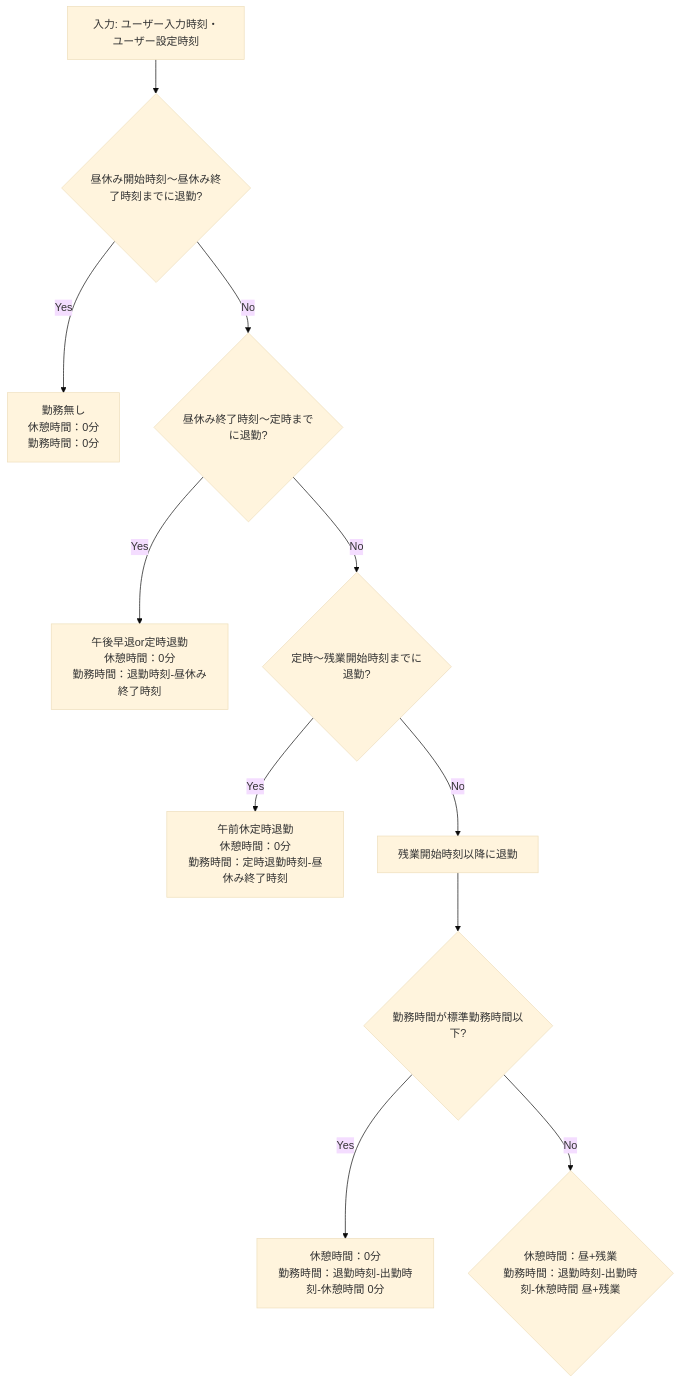
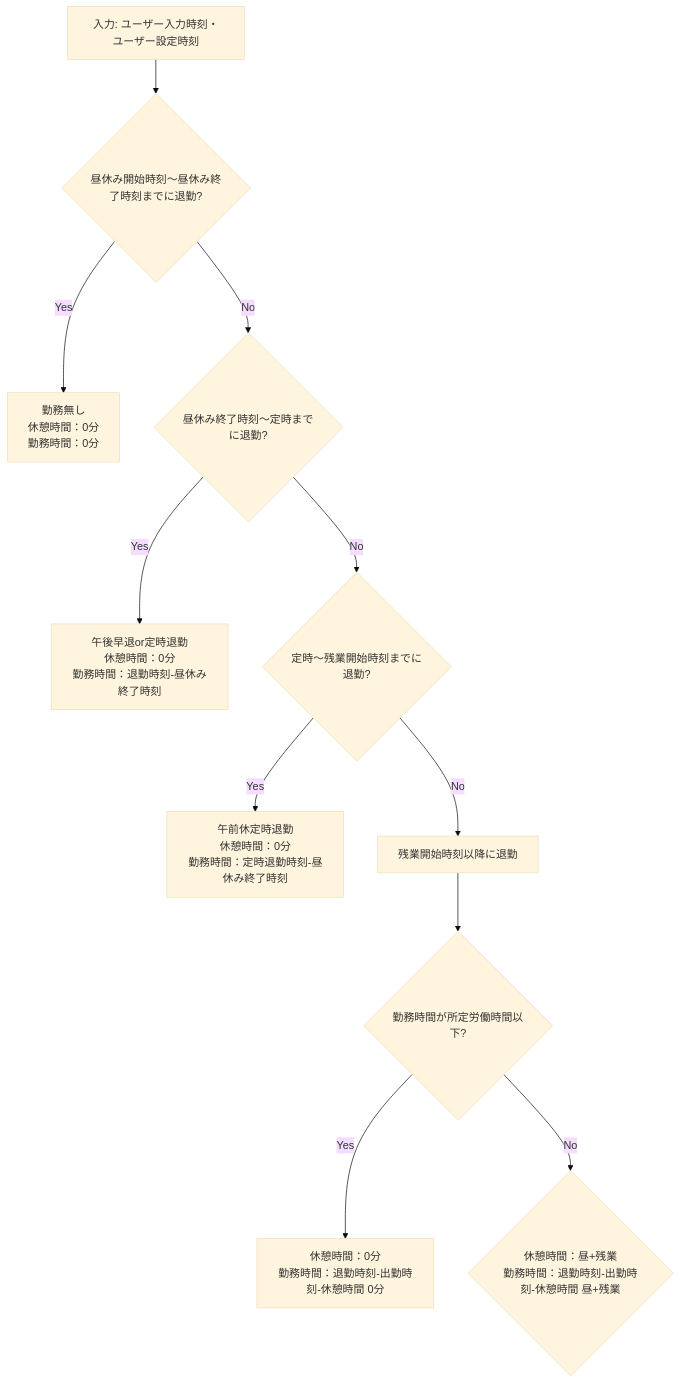
Before and after one commit to tkura37/WorkingHoursCalculator: the second of 3 diagrams in README.md, drawn with Mermaid (base theme). The commit also changed other lines of this file and 1 other file, not shown here.

````diff
--- a/README.md
+++ b/README.md
@@ -67,13 +67,13 @@
 ```mermaid
 flowchart TD
    A[入力: ユーザー入力時刻・ユーザー設定時刻] --> B{昼休み開始時刻～昼休み終了時刻までに退勤?}
    B --> |Yes|C[勤務無し<br>休憩時間：0分<br>勤務時間：0分]
    B --> |No|D{昼休み終了時刻～定時までに退勤?}   
    D --> |Yes|E[午後早退or定時退勤<br>休憩時間：0分<br>勤務時間：退勤時刻-昼休み終了時刻]
    D --> |No|F{定時～残業開始時刻までに退勤?}
    F --> |Yes|G[午前休定時退勤<br>休憩時間：0分<br>勤務時間：定時退勤時刻-昼休み終了時刻]
    F --> |No|H[残業開始時刻以降に退勤]
-   H --> I{勤務時間が標準勤務時間以下?}
+   H --> I{勤務時間が所定労働時間以下?}
    I --> |Yes|J[休憩時間：0分<br>勤務時間：退勤時刻-出勤時刻-休憩時間 0分]
    I --> |No|K{休憩時間：昼+残業<br>勤務時間：退勤時刻-出勤時刻-休憩時間 昼+残業}
 ```
````
